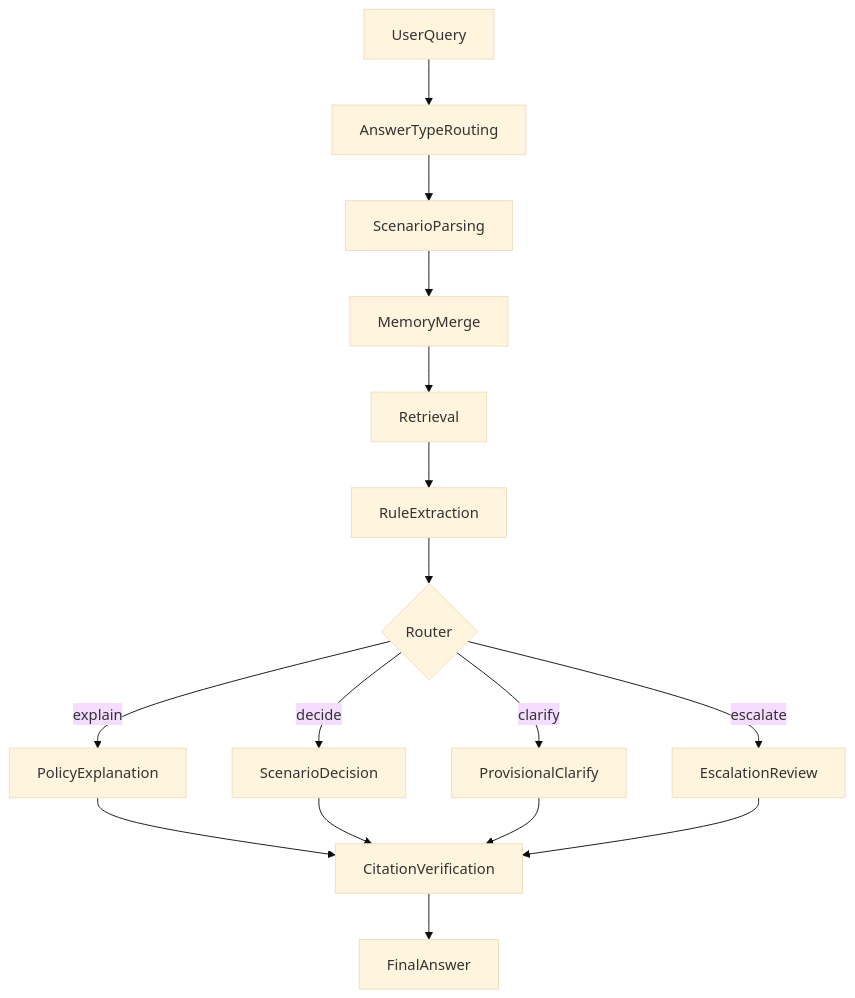
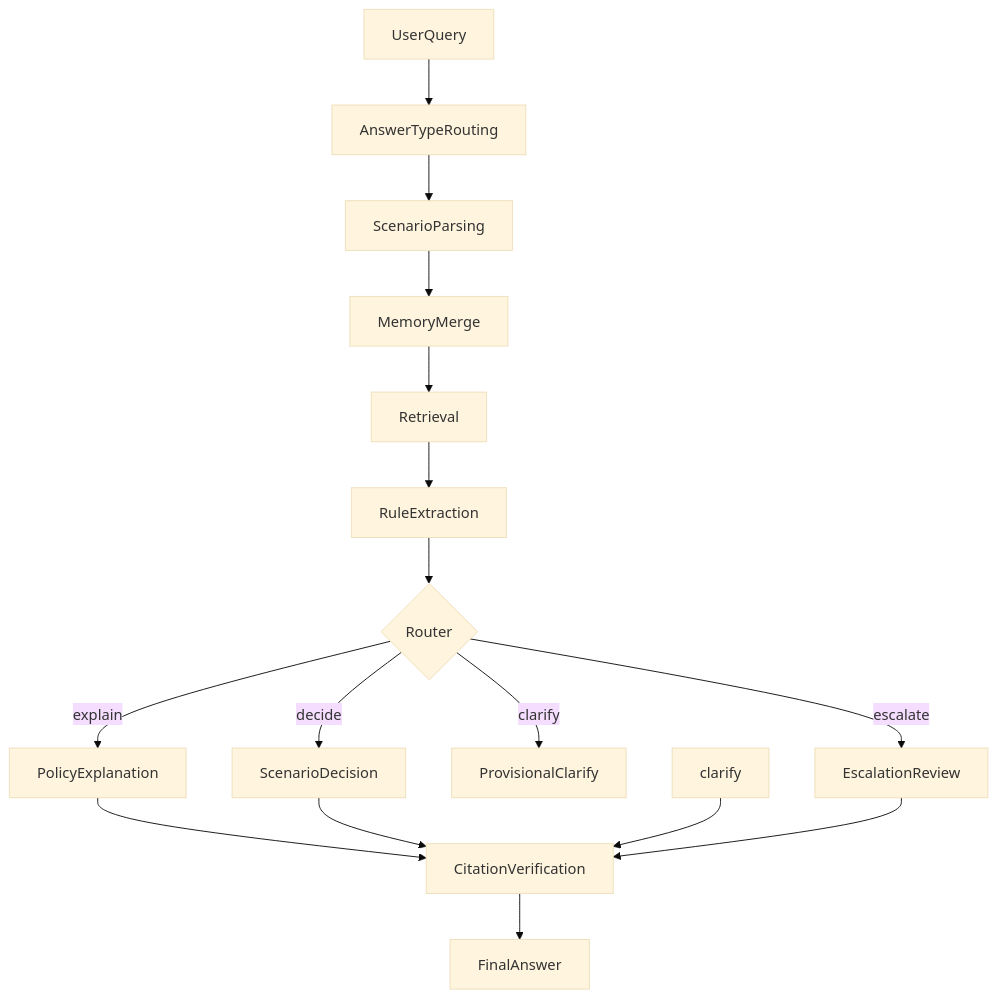
One commit to sybase91/policy-rag-assistant changed the second of 3 diagrams in reports/architecture.md. Above: the diagram before and after it, drawn with Mermaid (base theme). The commit also changed other lines of this file and 19 other files, not shown here.

````diff
--- a/reports/architecture.md
+++ b/reports/architecture.md
@@ -30,18 +30,18 @@
 ```mermaid
 flowchart TD
     userQuery[UserQuery] --> answerRouting[AnswerTypeRouting]
     answerRouting --> scenarioParsing[ScenarioParsing]
     scenarioParsing --> memoryMerge[MemoryMerge]
     memoryMerge --> retrieval[Retrieval]
     retrieval --> ruleExtraction[RuleExtraction]
     ruleExtraction --> router{Router}
     router -->|explain| explanation[PolicyExplanation]
     router -->|decide| decision[ScenarioDecision]
-    router -->|clarify| clarify[ProvisionalClarify]
+    router -->|clarify| provisionalClarify[ProvisionalClarify]
     router -->|escalate| escalate[EscalationReview]
     explanation --> verify[CitationVerification]
     decision --> verify
     clarify --> verify
     escalate --> verify
     verify --> finalAnswer[FinalAnswer]
 ```
````
